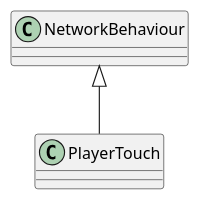
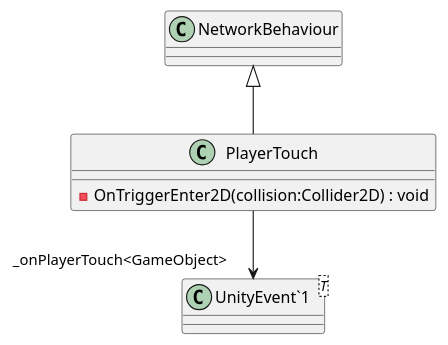
The diagram in UML/Interactions/PlayerTouch.puml (David-Denny/COMP3013-Team7), drawn with PlantUML before and after one commit. The commit also changed 49 other files, not shown here.

Commit message:
Generate UML (Generate UML)

```diff
--- a/UML/Interactions/PlayerTouch.puml
+++ b/UML/Interactions/PlayerTouch.puml
@@ -1,5 +1,9 @@
 @startuml
 class PlayerTouch {
+    - OnTriggerEnter2D(collision:Collider2D) : void
+}
+class "UnityEvent`1"<T> {
 }
 NetworkBehaviour <|-- PlayerTouch
+PlayerTouch --> "_onPlayerTouch<GameObject>" "UnityEvent`1"
 @enduml
```
